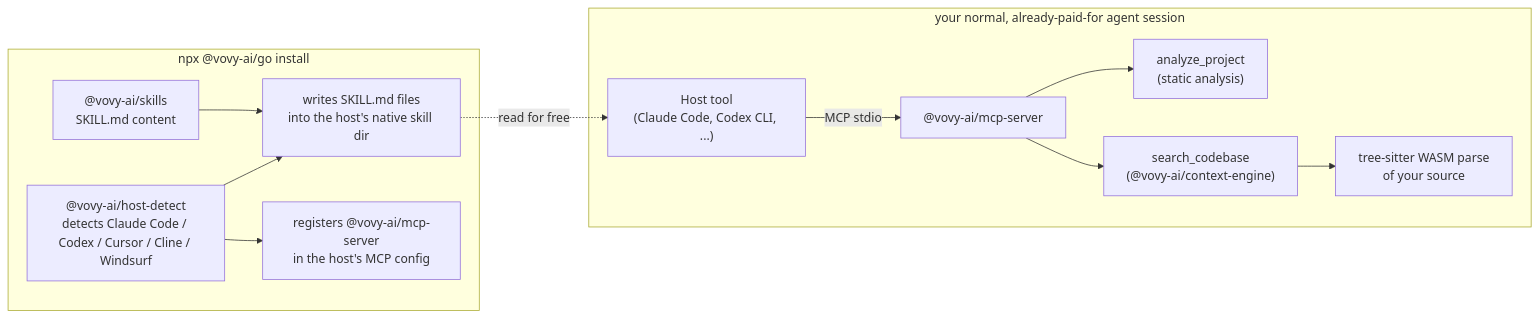
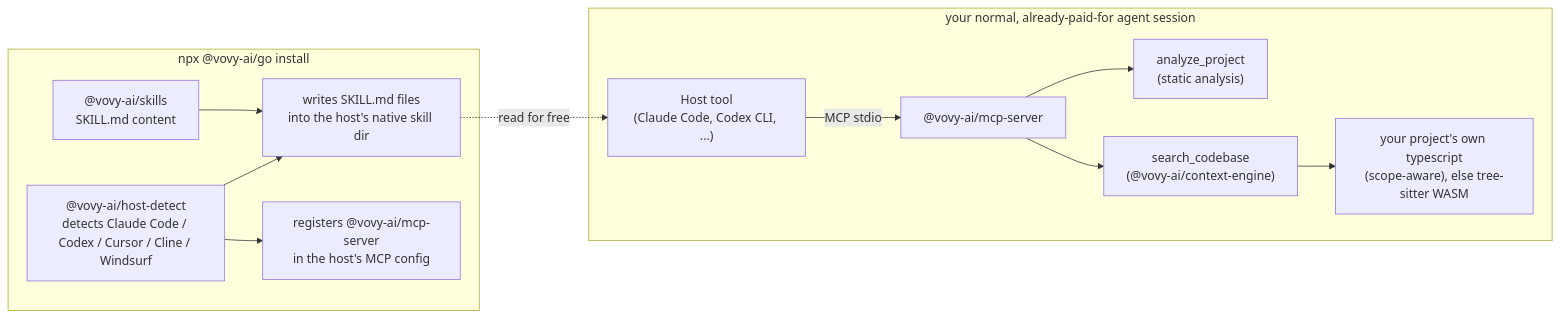
The diagram in README.md (Vovy-AI/vovy-cli), drawn with Mermaid before and after one commit. The commit also changed other lines of this file and 63 other files, not shown here.

````diff
--- a/README.md
+++ b/README.md
@@ -48,19 +48,19 @@
 ```mermaid
 flowchart LR
     subgraph Install["npx @vovy-ai/go install"]
         HD["@vovy-ai/host-detect<br/>detects Claude Code / Codex / Cursor / Cline / Windsurf"]
         SK["@vovy-ai/skills<br/>SKILL.md content"]
         HD --> W1["writes SKILL.md files<br/>into the host's native skill dir"]
         SK --> W1
         HD --> W2["registers @vovy-ai/mcp-server<br/>in the host's MCP config"]
     end
 
     subgraph Session["your normal, already-paid-for agent session"]
         H["Host tool<br/>(Claude Code, Codex CLI, ...)"]
         W1 -. read for free .-> H
         H -- MCP stdio --> MCP["@vovy-ai/mcp-server"]
         MCP --> AP["analyze_project<br/>(static analysis)"]
         MCP --> SC["search_codebase<br/>(@vovy-ai/context-engine)"]
-        SC --> TS["tree-sitter WASM parse<br/>of your source"]
+        SC --> TS["your project's own typescript<br/>(scope-aware), else tree-sitter WASM"]
     end
 ```
````
